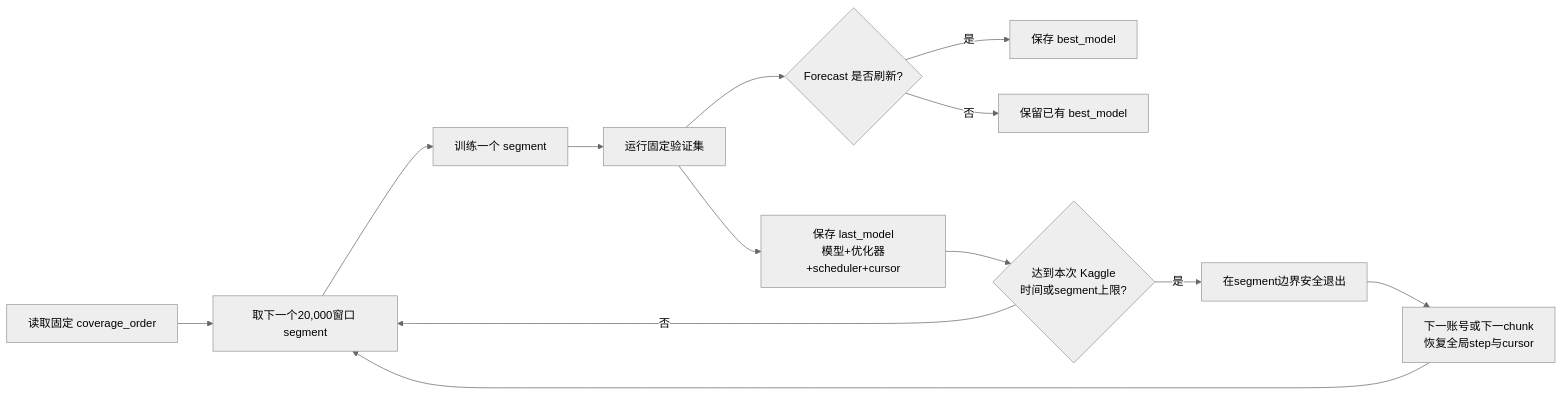
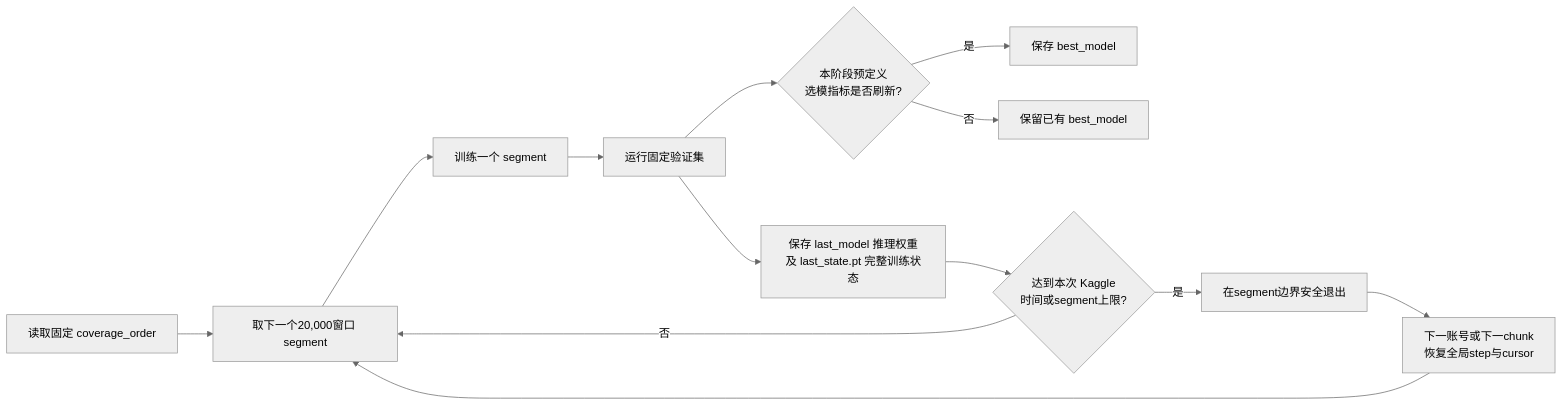
One commit to luckfu/Kronos changed diagram 11 of 15 in finetune/SMALL_0_1_MODEL_AND_TRAINING_TECHNICAL_REPORT_CN.md. Above: the diagram before and after it, drawn with Mermaid (neutral theme). The commit also changed other lines of this file and 6 other files, not shown here.

````diff
--- a/finetune/SMALL_0_1_MODEL_AND_TRAINING_TECHNICAL_REPORT_CN.md
+++ b/finetune/SMALL_0_1_MODEL_AND_TRAINING_TECHNICAL_REPORT_CN.md
@@ -451,15 +661,15 @@
 ```mermaid
 flowchart LR
     A[读取固定 coverage_order] --> B[取下一个20,000窗口 segment]
     B --> C[训练一个 segment]
     C --> D[运行固定验证集]
-    D --> E[保存 last_model<br/>模型+优化器+scheduler+cursor]
-    D --> F{Forecast 是否刷新?}
+    D --> E[保存 last_model 推理权重<br/>及 last_state.pt 完整训练状态]
+    D --> F{本阶段预定义<br/>选模指标是否刷新?}
     F -- 是 --> G[保存 best_model]
     F -- 否 --> H[保留已有 best_model]
     E --> I{达到本次 Kaggle<br/>时间或segment上限?}
     I -- 否 --> B
     I -- 是 --> J[在segment边界安全退出]
     J --> K[下一账号或下一chunk<br/>恢复全局step与cursor]
     K --> B
 ```
````
